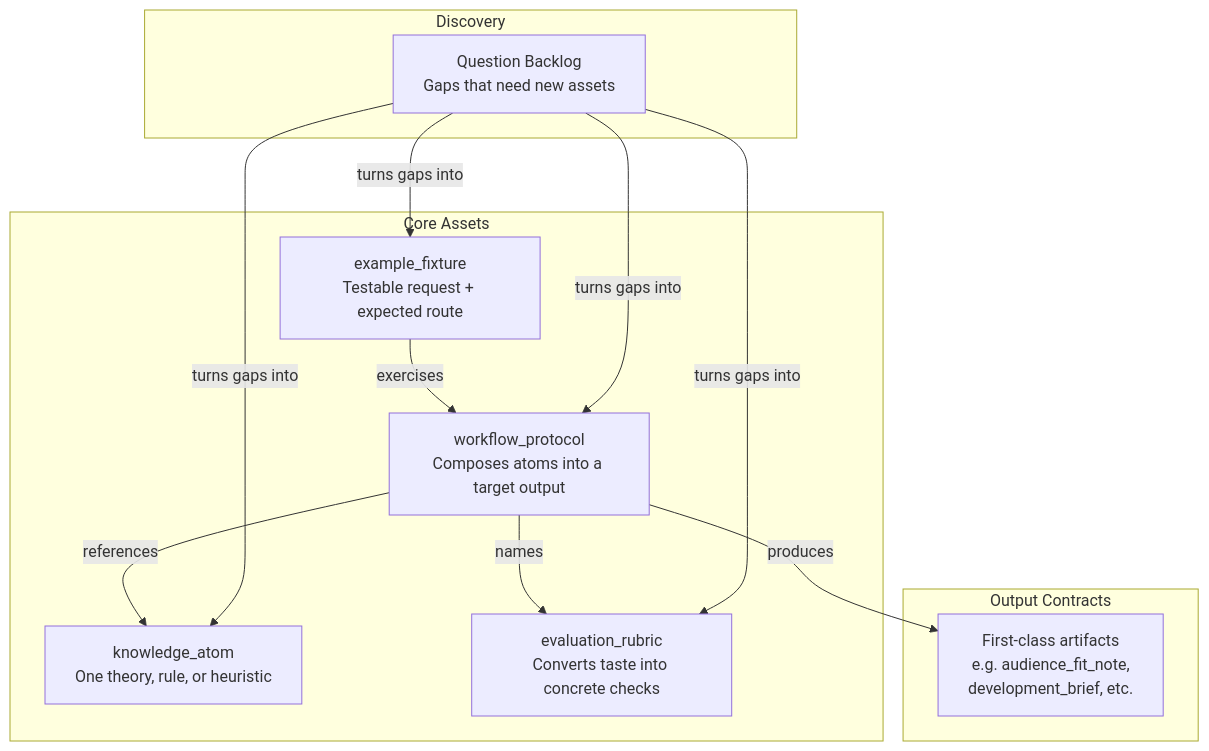
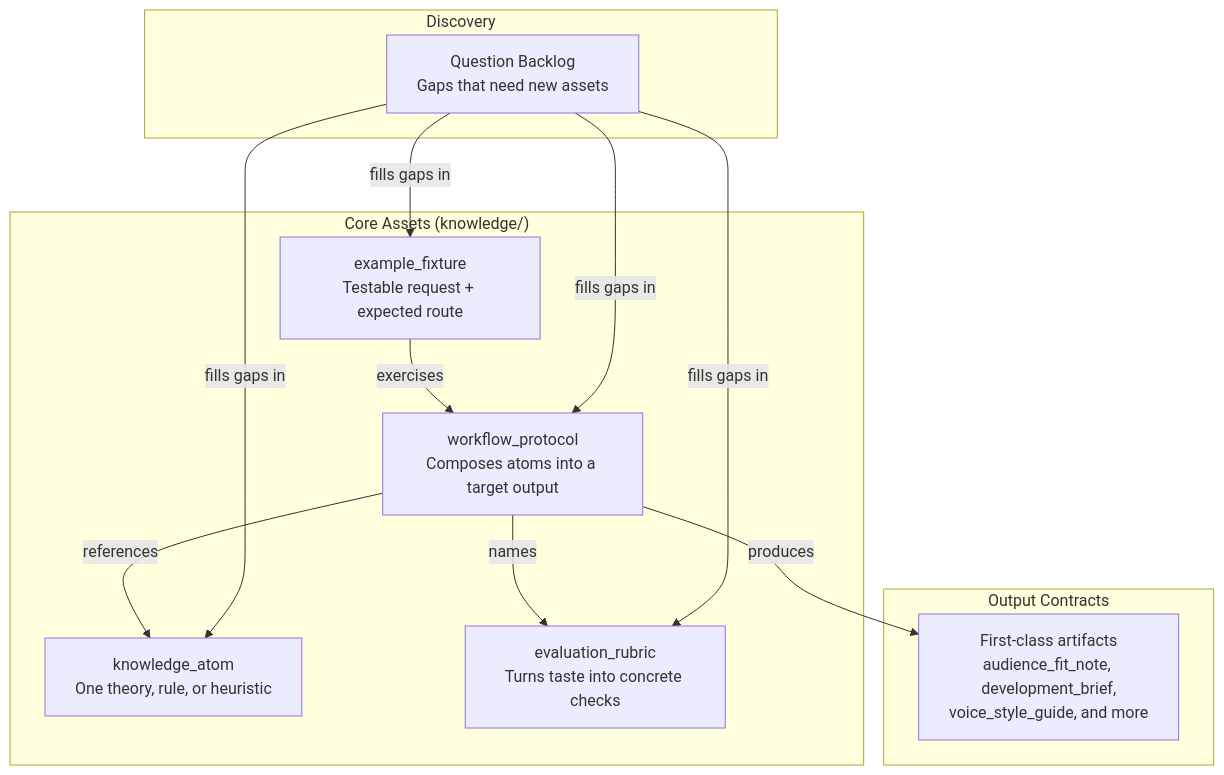
The diagram in docs/content-model.md (XucroYuri/how-to-make-script), drawn with Mermaid before and after one commit. The commit also changed other lines of this file and 7 other files, not shown here.

First line of the commit message:
docs: rewrite documentation in natural language with mermaid diagrams

````diff
--- a/docs/content-model.md
+++ b/docs/content-model.md
@@ -7,26 +7,26 @@
 ```mermaid
 graph TD
-    subgraph Core Assets
+    subgraph "Core Assets (knowledge/)"
         KA[knowledge_atom<br/>One theory, rule, or heuristic]
         WP[workflow_protocol<br/>Composes atoms into a target output]
-        ER[evaluation_rubric<br/>Converts taste into concrete checks]
+        ER[evaluation_rubric<br/>Turns taste into concrete checks]
         EF[example_fixture<br/>Testable request + expected route]
     end
 
-    subgraph Output Contracts
-        OC[First-class artifacts<br/>e.g. audience_fit_note,<br/>development_brief, etc.]
+    subgraph "Output Contracts"
+        OC[First-class artifacts<br/>audience_fit_note, development_brief,<br/>voice_style_guide, and more]
     end
 
-    subgraph Discovery
+    subgraph "Discovery"
         QB[Question Backlog<br/>Gaps that need new assets]
     end
 
     WP -->|references| KA
     WP -->|names| ER
     WP -->|produces| OC
     EF -->|exercises| WP
-    QB -->|turns gaps into| KA
-    QB -->|turns gaps into| WP
-    QB -->|turns gaps into| ER
-    QB -->|turns gaps into| EF
+    QB -->|fills gaps in| KA
+    QB -->|fills gaps in| WP
+    QB -->|fills gaps in| ER
+    QB -->|fills gaps in| EF
 ```
````
